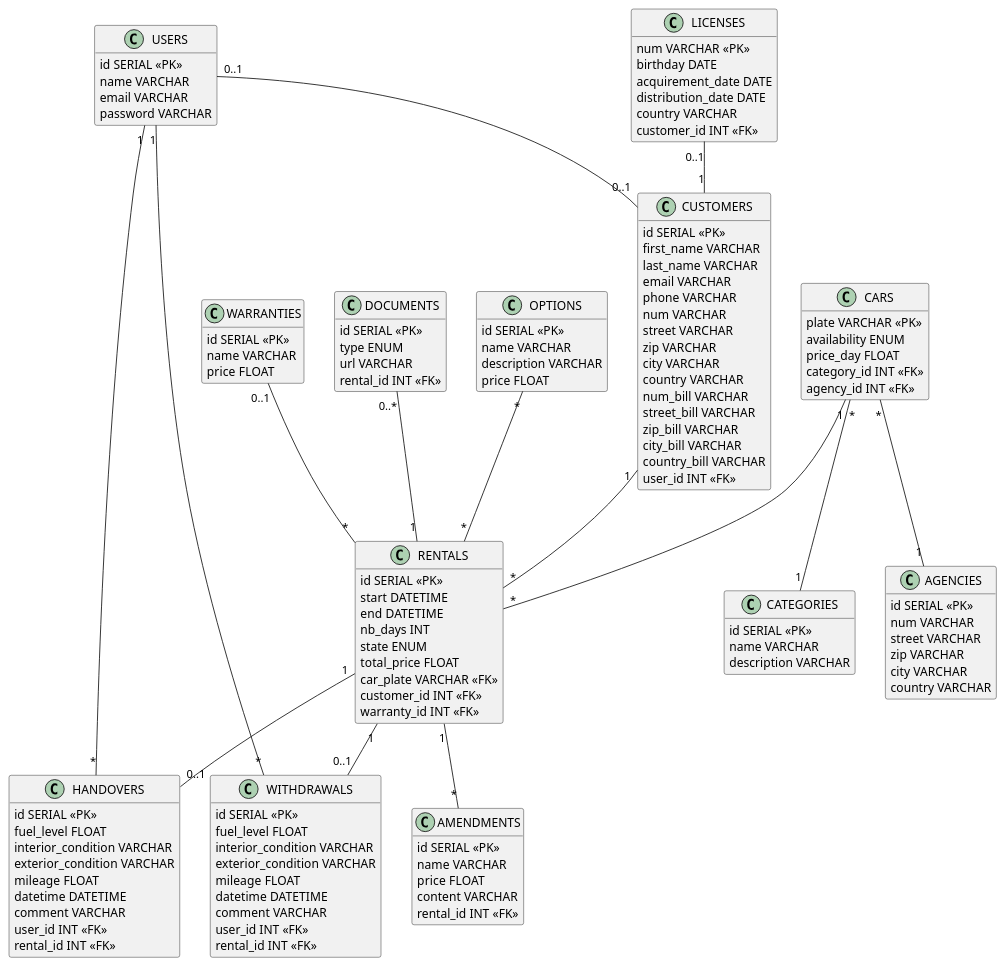
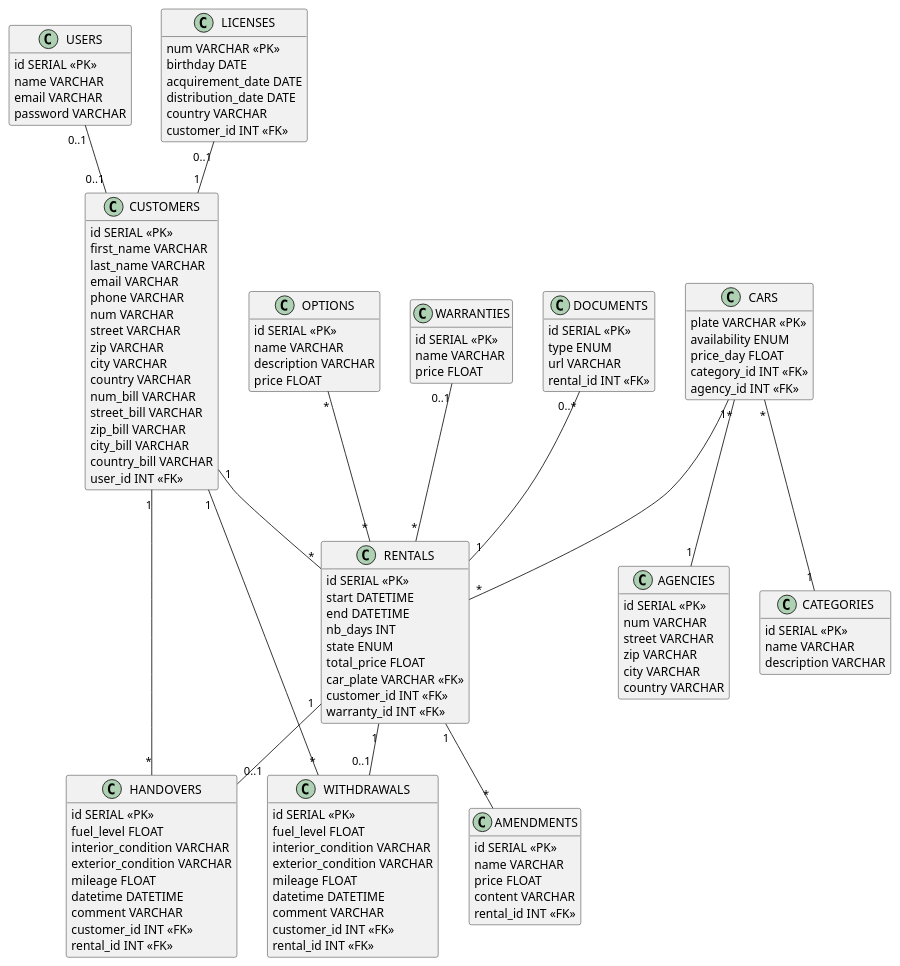
Before and after one commit to axelriv62/roulmapoul-api: the diagram in uml/diagram.puml, drawn with PlantUML. The commit also changed 6 other files, not shown here.

Commit message:
fix: correction du diagramme pour que les retraits et les retours soient liés avec les clients

```diff
--- a/uml/diagram.puml
+++ b/uml/diagram.puml
@@ -1,141 +1,141 @@
 @startuml
 hide empty members
 
 class USERS {
     id SERIAL <<PK>>
     name VARCHAR
     email VARCHAR
     password VARCHAR
 }
 
 class CUSTOMERS {
     id SERIAL <<PK>>
     first_name VARCHAR
     last_name VARCHAR
     email VARCHAR
     phone VARCHAR
     num VARCHAR
     street VARCHAR
     zip VARCHAR
     city VARCHAR
     country VARCHAR
     num_bill VARCHAR
     street_bill VARCHAR
     zip_bill VARCHAR
     city_bill VARCHAR
     country_bill VARCHAR
     user_id INT <<FK>>
 }
 
 class RENTALS {
     id SERIAL <<PK>>
     start DATETIME
     end DATETIME
     nb_days INT
     state ENUM
     total_price FLOAT
     car_plate VARCHAR <<FK>>
     customer_id INT <<FK>>
     warranty_id INT <<FK>>
 }
 
 class LICENSES {
     num VARCHAR <<PK>>
     birthday DATE
     acquirement_date DATE
     distribution_date DATE
     country VARCHAR
     customer_id INT <<FK>>
 }
 
 class WARRANTIES {
     id SERIAL <<PK>>
     name VARCHAR
     price FLOAT
 }
 
 class AMENDMENTS {
     id SERIAL <<PK>>
     name VARCHAR
     price FLOAT
     content VARCHAR
     rental_id INT <<FK>>
 }
 
 class DOCUMENTS {
     id SERIAL <<PK>>
     type ENUM
     url VARCHAR
     rental_id INT <<FK>>
 }
 
 class WITHDRAWALS {
     id SERIAL <<PK>>
     fuel_level FLOAT
     interior_condition VARCHAR
     exterior_condition VARCHAR
     mileage FLOAT
     datetime DATETIME
     comment VARCHAR
-    user_id INT <<FK>>
+    customer_id INT <<FK>>
     rental_id INT <<FK>>
 }
 
 class HANDOVERS {
     id SERIAL <<PK>>
     fuel_level FLOAT
     interior_condition VARCHAR
     exterior_condition VARCHAR
     mileage FLOAT
     datetime DATETIME
     comment VARCHAR
-    user_id INT <<FK>>
+    customer_id INT <<FK>>
     rental_id INT <<FK>>
 }
 
 class CARS {
     plate VARCHAR <<PK>>
     availability ENUM
     price_day FLOAT
     category_id INT <<FK>>
     agency_id INT <<FK>>
 }
 
 class OPTIONS {
     id SERIAL <<PK>>
     name VARCHAR
     description VARCHAR
     price FLOAT
 }
 
 class CATEGORIES {
     id SERIAL <<PK>>
     name VARCHAR
     description VARCHAR
 }
 
 class AGENCIES {
     id SERIAL <<PK>>
     num VARCHAR
     street VARCHAR
     zip VARCHAR
     city VARCHAR
     country VARCHAR
 }
 
 CARS "*" -- "1" AGENCIES
 CARS "*" -- "1" CATEGORIES
 CARS "1" -- "*" RENTALS
 RENTALS "1" -- "*" AMENDMENTS
 RENTALS "1" -- "0..1" WITHDRAWALS
-WITHDRAWALS "*" -- "1" USERS
+WITHDRAWALS "*" -- "1" CUSTOMERS
 USERS "0..1" -- "0..1" CUSTOMERS
 LICENSES "0..1" -- "1" CUSTOMERS
 WARRANTIES "0..1" -- "*" RENTALS
 OPTIONS "*" -- "*" RENTALS
 DOCUMENTS "0..*" -- "1" RENTALS
-USERS "1" -- "*" HANDOVERS
+CUSTOMERS "1" -- "*" HANDOVERS
 RENTALS "1" -- "0..1" HANDOVERS
 CUSTOMERS "1" -- "*" RENTALS
 
 @enduml
```
